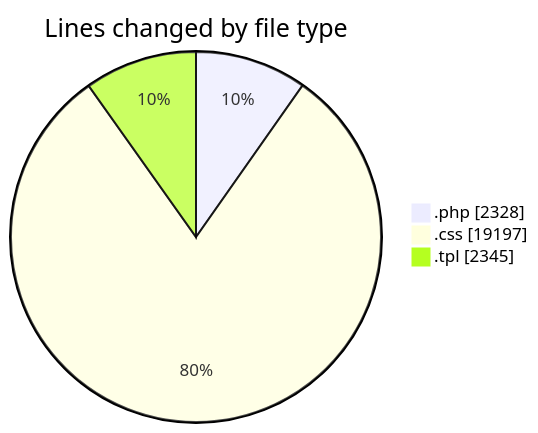
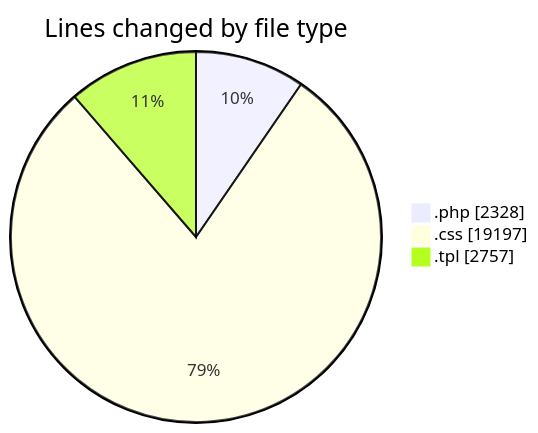
One commit to vahidmafi/code-tracking changed the first of 2 diagrams in 2025-03-23/zeytoon/README.md. Above: the diagram before and after it, drawn with Mermaid. The commit also changed other lines of this file and 1 other file, not shown here.

````diff
--- a/2025-03-23/zeytoon/README.md
+++ b/2025-03-23/zeytoon/README.md
@@ -24,7 +25,7 @@
 ```mermaid
 pie showData
 title Lines changed by file type
 ".php" : 2328
 ".css" : 19197
-".tpl" : 2345
+".tpl" : 2757
 ```
````
